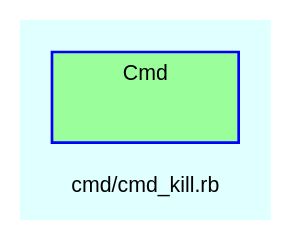
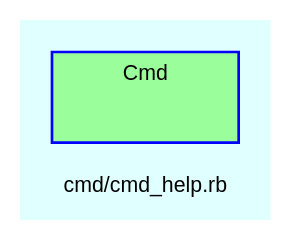
The diagram in doc/dot/f_19.dot (Tyche/teensymud), drawn with Graphviz before and after one commit. The commit also changed 127 other files, not shown here.

```diff
--- a/doc/dot/f_19.dot
+++ b/doc/dot/f_19.dot
@@ -1,29 +1,29 @@
 digraph TopLevel {
     compound = true
     bgcolor = lightcyan1
     fontname = Arial
     fontsize = 8
-    label = "cmd/cmd_kill.rb"
+    label = "cmd/cmd_help.rb"
     node [
         fontname = Arial,
         fontsize = 8,
         color = black
     ]
 
     subgraph cluster_Cmd {
         fillcolor = palegreen1
         URL = "classes/Cmd.html"
         fontname = Arial
         color = blue
         label = "Cmd"
         style = filled
         Cmd [
             shape = plaintext,
             height = 0.01,
             width = 0.75,
             label = ""
         ]
 
     }
 
 }
```
